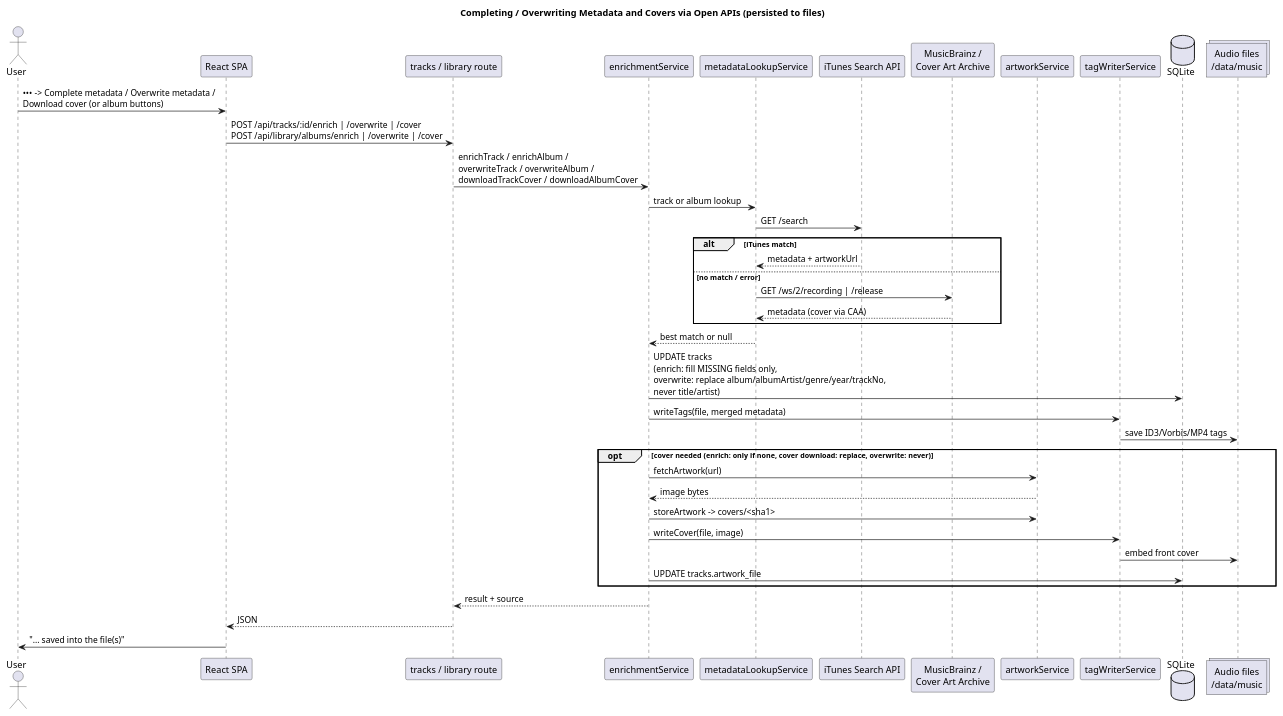
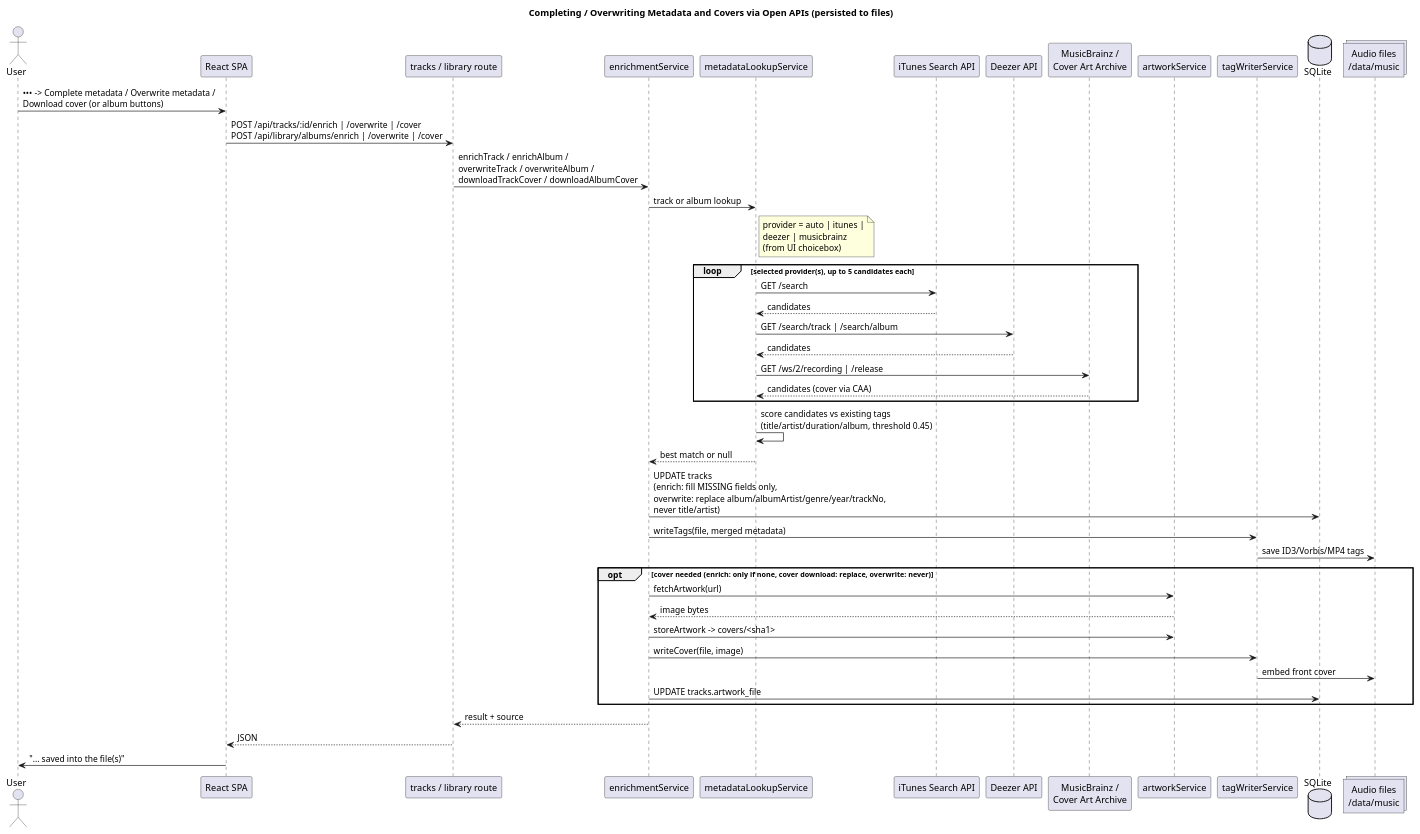
Before and after one commit to sandschm/TuneVault: the diagram in docs/diagrams/sequence-enrichment.puml, drawn with PlantUML. The commit also changed 14 other files, not shown here.

First line of the commit message:
Improve metadata matching: candidate scoring, Deezer provider, source choicebox

```diff
--- a/docs/diagrams/sequence-enrichment.puml
+++ b/docs/diagrams/sequence-enrichment.puml
@@ -1,42 +1,46 @@
 @startuml sequence-enrichment
 title Completing / Overwriting Metadata and Covers via Open APIs (persisted to files)
 
 actor User
 participant "React SPA" as SPA
 participant "tracks / library route" as Route
 participant "enrichmentService" as Enrich
 participant "metadataLookupService" as Lookup
 participant "iTunes Search API" as ITunes
+participant "Deezer API" as Deezer
 participant "MusicBrainz /\nCover Art Archive" as MB
 participant "artworkService" as Art
 participant "tagWriterService" as TagWriter
 database "SQLite" as DB
 collections "Audio files\n/data/music" as Files
 
 User -> SPA : ••• -> Complete metadata / Overwrite metadata /\nDownload cover (or album buttons)
 SPA -> Route : POST /api/tracks/:id/enrich | /overwrite | /cover\nPOST /api/library/albums/enrich | /overwrite | /cover
 Route -> Enrich : enrichTrack / enrichAlbum /\noverwriteTrack / overwriteAlbum /\ndownloadTrackCover / downloadAlbumCover
 Enrich -> Lookup : track or album lookup
-Lookup -> ITunes : GET /search
-alt iTunes match
-  ITunes --> Lookup : metadata + artworkUrl
-else no match / error
+note right of Lookup : provider = auto | itunes |\ndeezer | musicbrainz\n(from UI choicebox)
+loop selected provider(s), up to 5 candidates each
+  Lookup -> ITunes : GET /search
+  ITunes --> Lookup : candidates
+  Lookup -> Deezer : GET /search/track | /search/album
+  Deezer --> Lookup : candidates
   Lookup -> MB : GET /ws/2/recording | /release
-  MB --> Lookup : metadata (cover via CAA)
+  MB --> Lookup : candidates (cover via CAA)
 end
+Lookup -> Lookup : score candidates vs existing tags\n(title/artist/duration/album, threshold 0.45)
 Lookup --> Enrich : best match or null
 Enrich -> DB : UPDATE tracks\n(enrich: fill MISSING fields only,\noverwrite: replace album/albumArtist/genre/year/trackNo,\nnever title/artist)
 Enrich -> TagWriter : writeTags(file, merged metadata)
 TagWriter -> Files : save ID3/Vorbis/MP4 tags
 opt cover needed (enrich: only if none, cover download: replace, overwrite: never)
   Enrich -> Art : fetchArtwork(url)
   Art --> Enrich : image bytes
   Enrich -> Art : storeArtwork -> covers/<sha1>
   Enrich -> TagWriter : writeCover(file, image)
   TagWriter -> Files : embed front cover
   Enrich -> DB : UPDATE tracks.artwork_file
 end
 Enrich --> Route : result + source
 Route --> SPA : JSON
 SPA -> User : "... saved into the file(s)"
 @enduml
```
